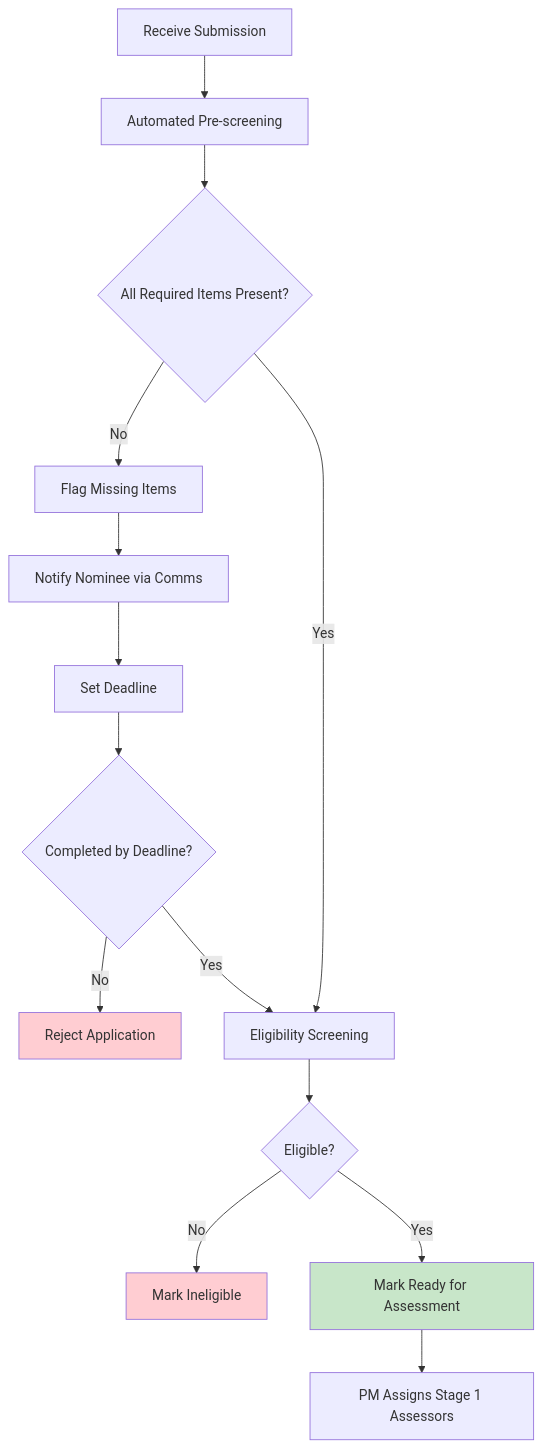
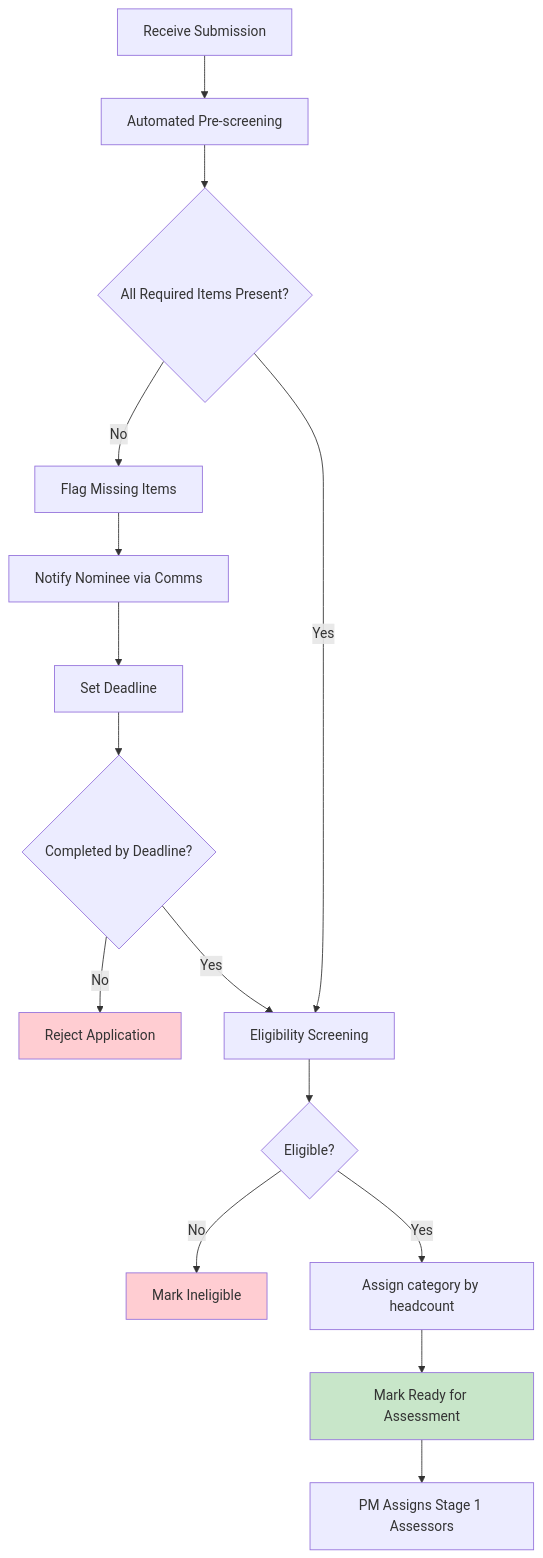
Before and after one commit to baloghp/PBF: the diagram in Confluence/Project-Contractor-Of-The-Year-Award/130514945 - 1.0 Submission and Intake.md, drawn with Mermaid. The commit also changed other lines of this file and 19 other files, not shown here.

````diff
--- a/Confluence/Project-Contractor-Of-The-Year-Award/130514945 - 1.0 Submission and Intake.md
+++ b/Confluence/Project-Contractor-Of-The-Year-Award/130514945 - 1.0 Submission and Intake.md
@@ -58,20 +58,21 @@
 ```mermaid
 flowchart TD
     A[Receive Submission] --> B[Automated Pre-screening]
     B --> C{All Required Items Present?}
     C -->|No| D[Flag Missing Items]
     D --> E[Notify Nominee via Comms]
     E --> F[Set Deadline]
     F --> G{Completed by Deadline?}
     G -->|No| H[Reject Application]
     G -->|Yes| I[Eligibility Screening]
     C -->|Yes| I
     I --> J{Eligible?}
     J -->|No| K[Mark Ineligible]
-    J -->|Yes| L[Mark Ready for Assessment]
-    L --> M[PM Assigns Stage 1 Assessors]
+    J -->|Yes| L[Assign category by headcount]
+    L --> N[Mark Ready for Assessment]
+    N --> M[PM Assigns Stage 1 Assessors]
     
-    style L fill:#c8e6c9
+    style N fill:#c8e6c9
     style H fill:#ffcdd2
     style K fill:#ffcdd2
 ```
````
